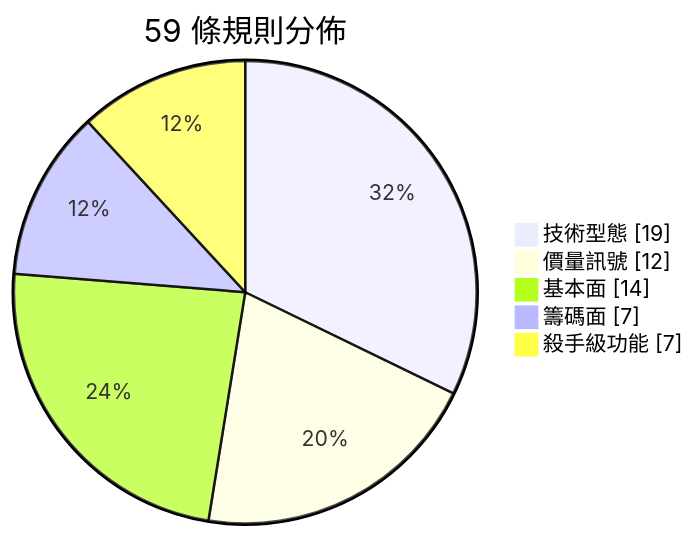
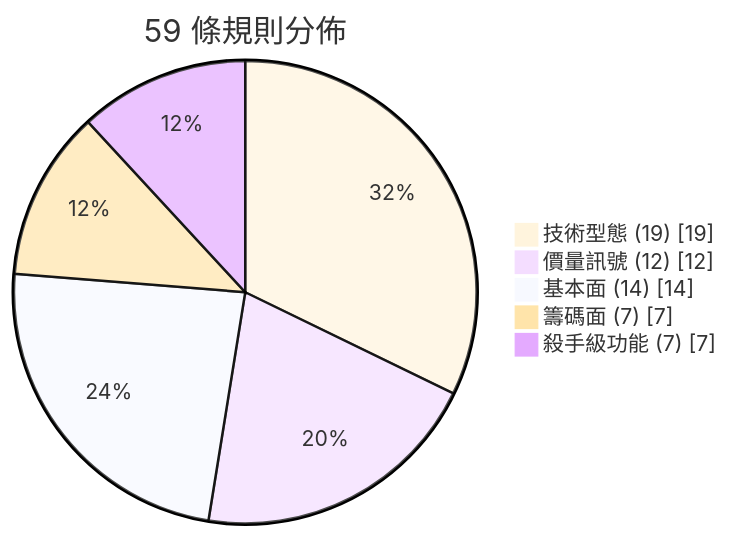
The second of 2 diagrams in README.md (Neal75418/afterclose), drawn with Mermaid before and after one commit. The commit also changed other lines of this file and 4 other files, not shown here.

First line of the commit message:
docs: unify markdown style with professional Mermaid diagrams

````diff
--- a/README.md
+++ b/README.md
@@ -142,8 +150,9 @@
 ```mermaid
+%%{init: {'theme': 'base', 'themeVariables': {'pieOuterStrokeWidth': '2px', 'fontSize': '14px'}}}%%
 pie showData title 59 條規則分佈
-    "技術型態" : 19
-    "價量訊號" : 12
-    "基本面" : 14
-    "籌碼面" : 7
-    "殺手級功能" : 7
+    "技術型態 (19)" : 19
+    "價量訊號 (12)" : 12
+    "基本面 (14)" : 14
+    "籌碼面 (7)" : 7
+    "殺手級功能 (7)" : 7
 ```
````
